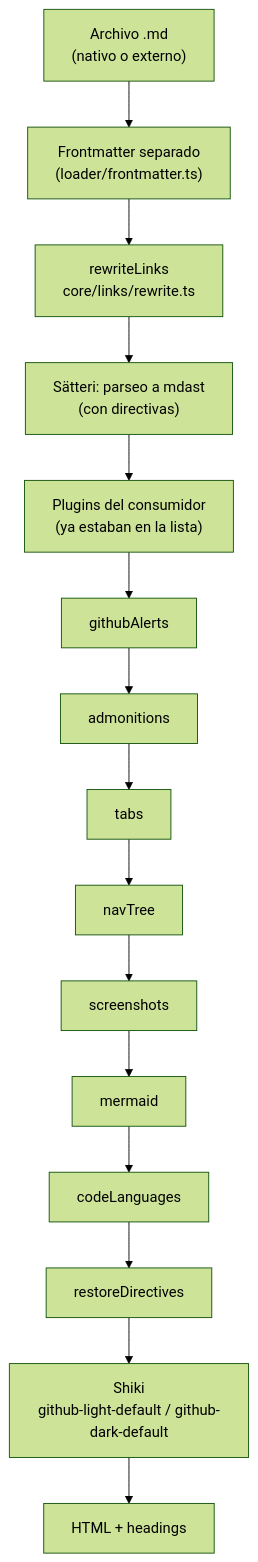
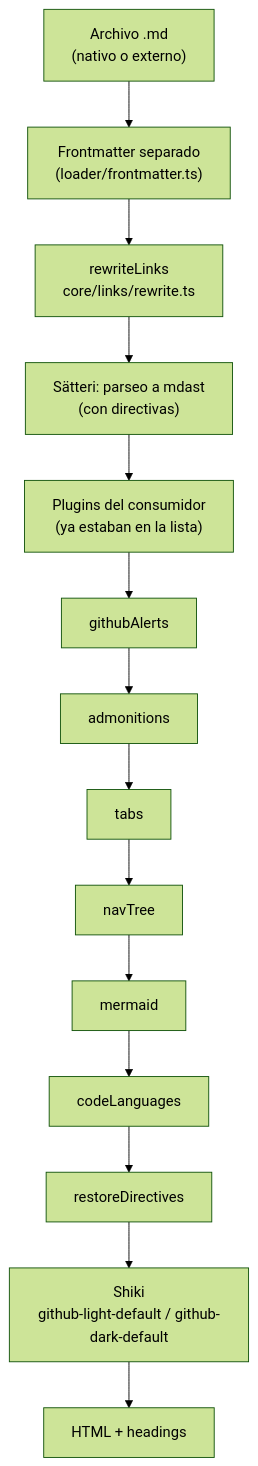
One commit to velezanthony/design changed the diagram in docs/src/content/docs/guia/markdown.md. Above: the diagram before and after it, drawn with Mermaid (forest theme). The commit also changed other lines of this file and 15 other files, not shown here.

````diff
--- a/docs/src/content/docs/guia/markdown.md
+++ b/docs/src/content/docs/guia/markdown.md
@@ -27,17 +27,16 @@
 ```mermaid
 flowchart TD
   src["Archivo .md<br/>(nativo o externo)"] --> fm["Frontmatter separado<br/>(loader/frontmatter.ts)"]
   fm --> rw["rewriteLinks<br/>core/links/rewrite.ts"]
   rw --> sat["Sätteri: parseo a mdast<br/>(con directivas)"]
   sat --> cp["Plugins del consumidor<br/>(ya estaban en la lista)"]
   cp --> ga["githubAlerts"]
   ga --> ad["admonitions"]
   ad --> tb["tabs"]
   tb --> nt["navTree"]
-  nt --> ss["screenshots"]
-  ss --> mm["mermaid"]
+  nt --> mm["mermaid"]
   mm --> cl["codeLanguages"]
   cl --> rd["restoreDirectives"]
   rd --> sh["Shiki<br/>github-light-default / github-dark-default"]
   sh --> html["HTML + headings"]
 ```
````
